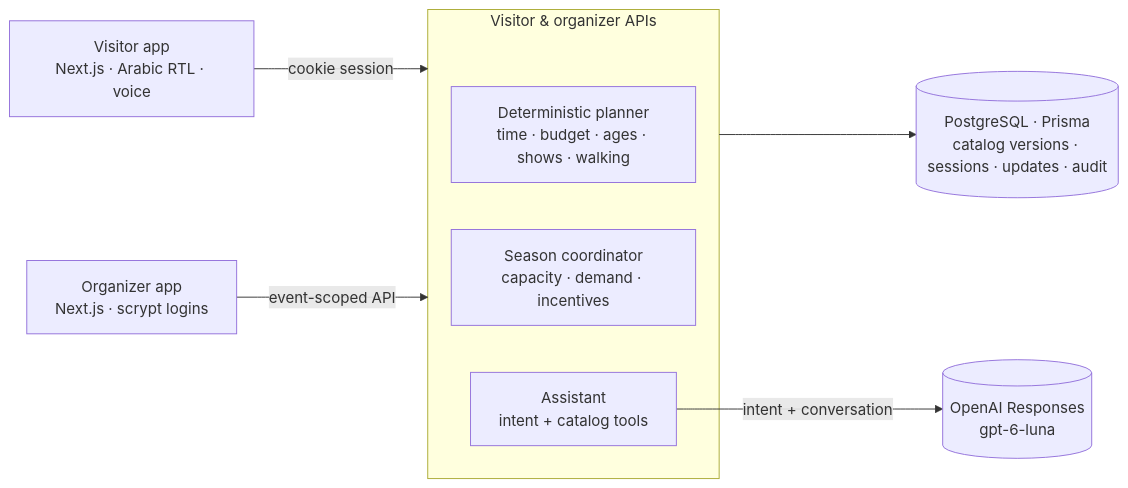
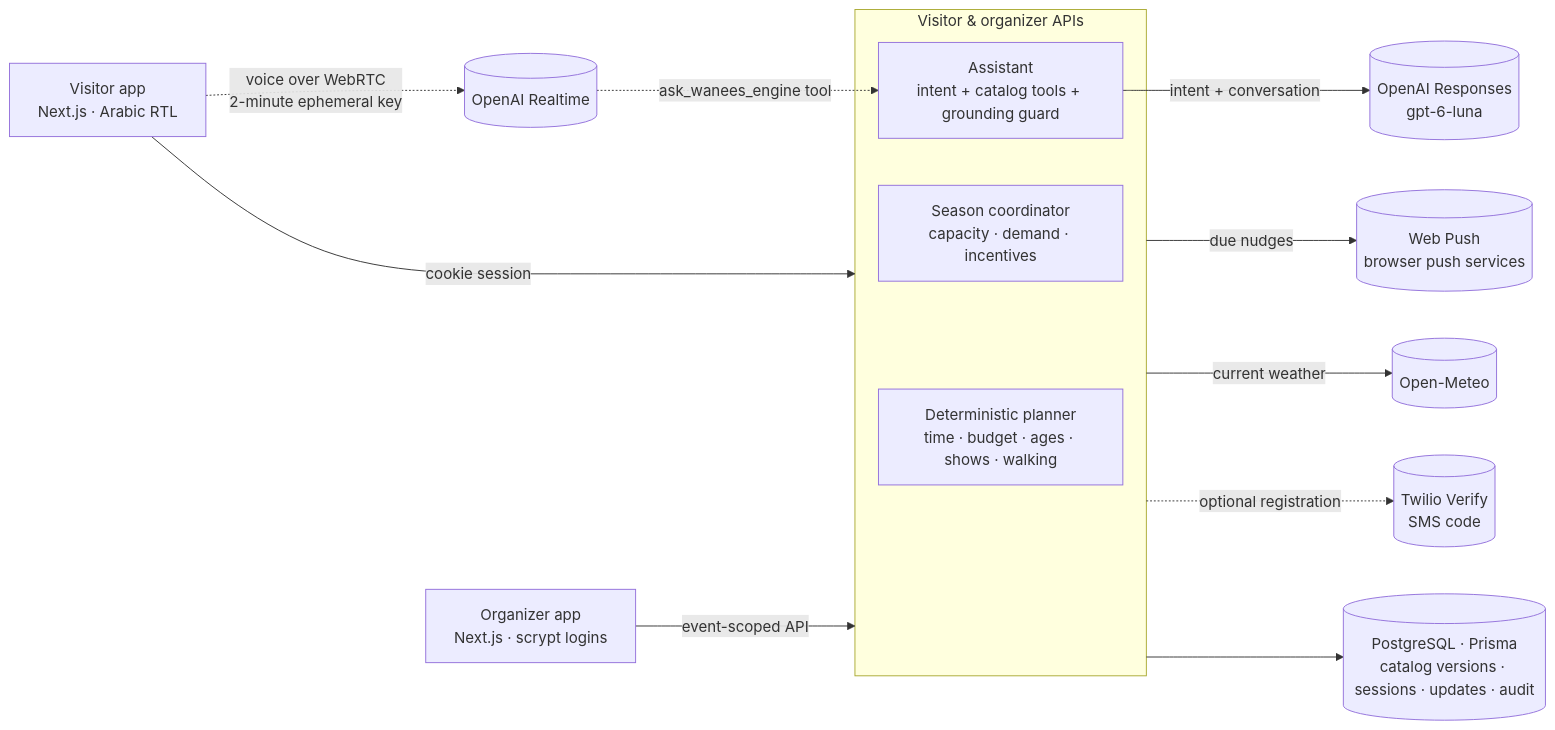
One commit to abc7pq/wanees_platform changed the diagram in README.md. Above: the diagram before and after it, drawn with Mermaid. The commit also changed other lines of this file and 101 other files, not shown here.

First line of the commit message:
Add optional registered visitors with Twilio SMS verification

````diff
--- a/README.md
+++ b/README.md
@@ -82,12 +111,17 @@
 ```mermaid
 flowchart LR
-  V[Visitor app<br/>Next.js · Arabic RTL · voice] -->|cookie session| API
+  V[Visitor app<br/>Next.js · Arabic RTL] -->|cookie session| API
   O[Organizer app<br/>Next.js · scrypt logins] -->|event-scoped API| API
   subgraph API[Visitor & organizer APIs]
     E[Deterministic planner<br/>time · budget · ages · shows · walking]
     C[Season coordinator<br/>capacity · demand · incentives]
-    A[Assistant<br/>intent + catalog tools]
+    A[Assistant<br/>intent + catalog tools + grounding guard]
   end
   A -->|intent + conversation| L[(OpenAI Responses<br/>gpt-6-luna)]
+  V -.->|voice over WebRTC<br/>2-minute ephemeral key| R[(OpenAI Realtime)]
+  R -.->|ask_wanees_engine tool| A
+  API -->|due nudges| P[(Web Push<br/>browser push services)]
+  API -->|current weather| W[(Open-Meteo)]
+  API -.->|optional registration| S[(Twilio Verify<br/>SMS code)]
   API --> DB[(PostgreSQL · Prisma<br/>catalog versions · sessions · updates · audit)]
 ```
````
